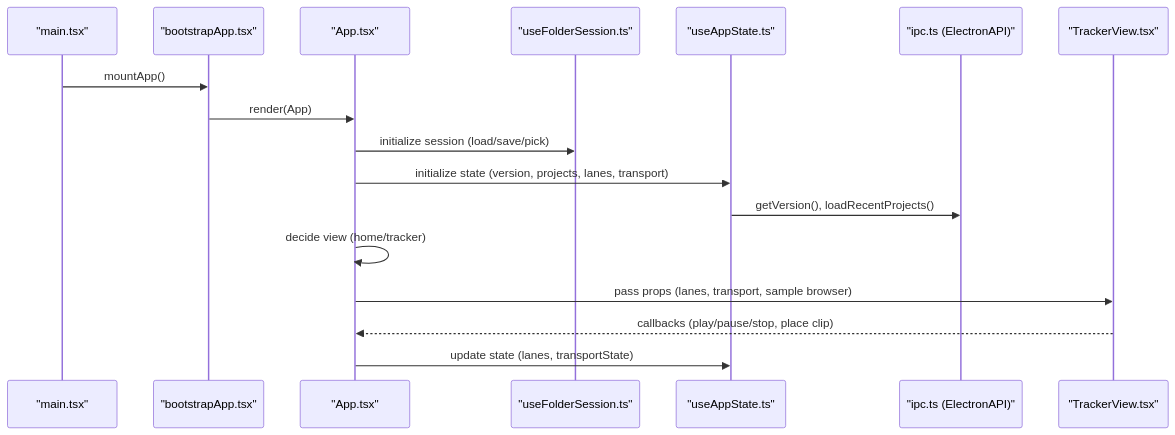
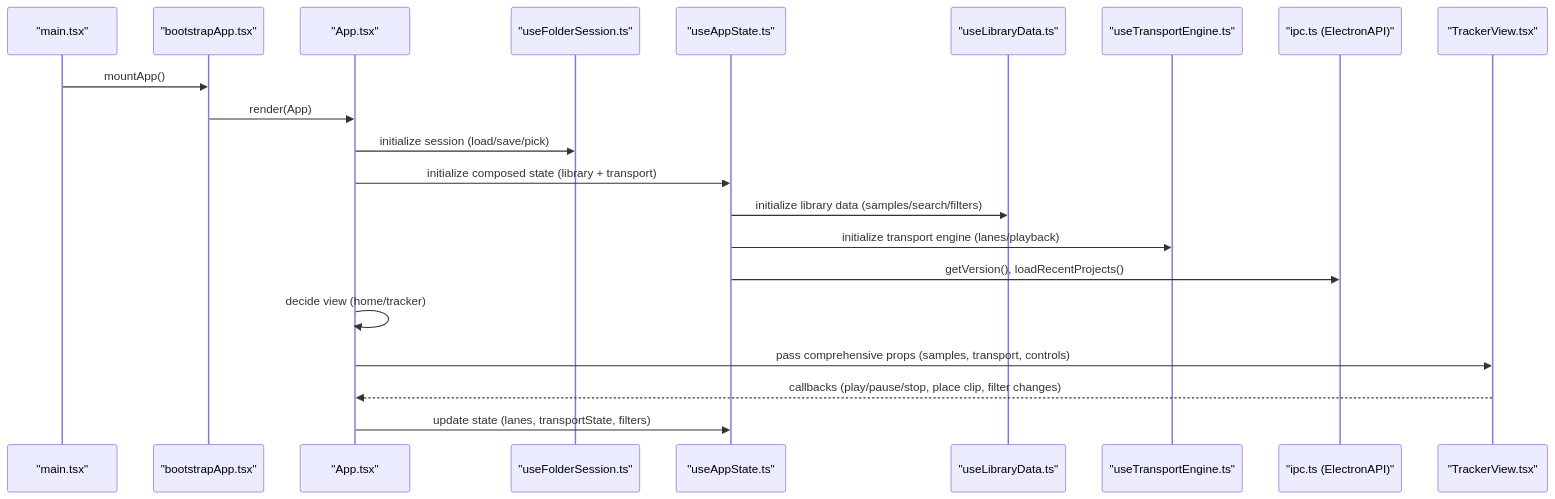
Before and after one commit to satyrlord/mixjam-electron: the second of 5 diagrams in .qoder/repowiki/en/content/Core Components/Core Components.md, drawn with Mermaid. The commit also changed other lines of this file and 7 other files, not shown here.

First line of the commit message:
feat(data-management): centralize audio extensions and add hasSamples function

````diff
--- a/.qoder/repowiki/en/content/Core Components/Core Components.md
+++ b/.qoder/repowiki/en/content/Core Components/Core Components.md
@@ -138,19 +165,23 @@
 ```mermaid
 sequenceDiagram
 participant Root as "main.tsx"
 participant Boot as "bootstrapApp.tsx"
 participant App as "App.tsx"
 participant UFS as "useFolderSession.ts"
 participant UAS as "useAppState.ts"
+participant ULD as "useLibraryData.ts"
+participant UTE as "useTransportEngine.ts"
 participant IPC as "ipc.ts (ElectronAPI)"
 participant TV as "TrackerView.tsx"
 Root->>Boot : mountApp()
 Boot->>App : render(App)
 App->>UFS : initialize session (load/save/pick)
-App->>UAS : initialize state (version, projects, lanes, transport)
+App->>UAS : initialize composed state (library + transport)
+UAS->>ULD : initialize library data (samples/search/filters)
+UAS->>UTE : initialize transport engine (lanes/playback)
 UAS->>IPC : getVersion(), loadRecentProjects()
 App->>App : decide view (home/tracker)
-App->>TV : pass props (lanes, transport, sample browser)
-TV-->>App : callbacks (play/pause/stop, place clip)
-App->>UAS : update state (lanes, transportState)
+App->>TV : pass comprehensive props (samples, transport, controls)
+TV-->>App : callbacks (play/pause/stop, place clip, filter changes)
+App->>UAS : update state (lanes, transportState, filters)
 ```
````
